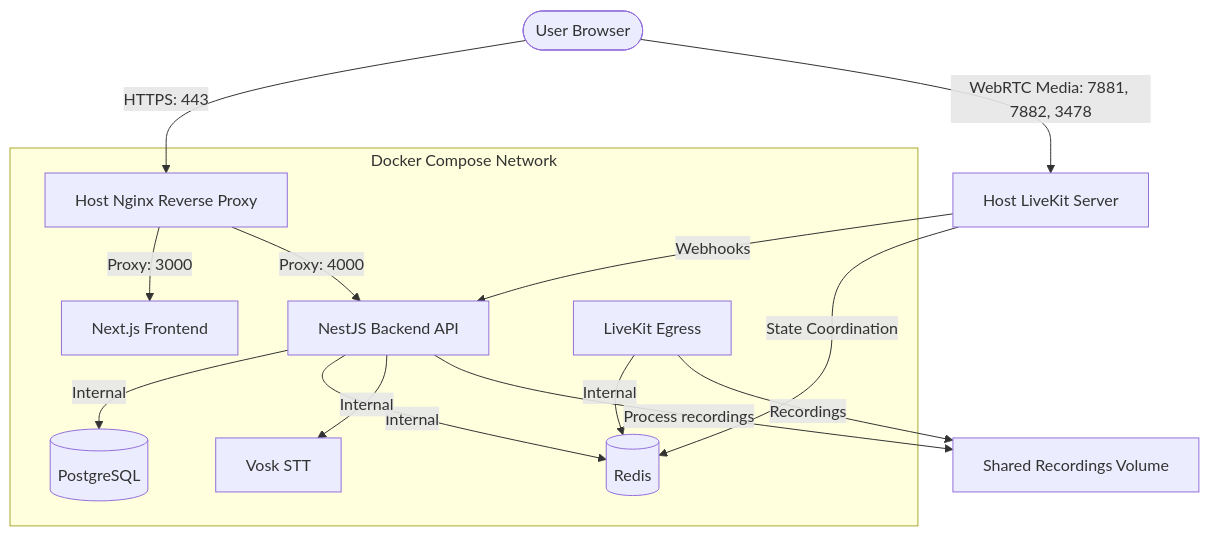
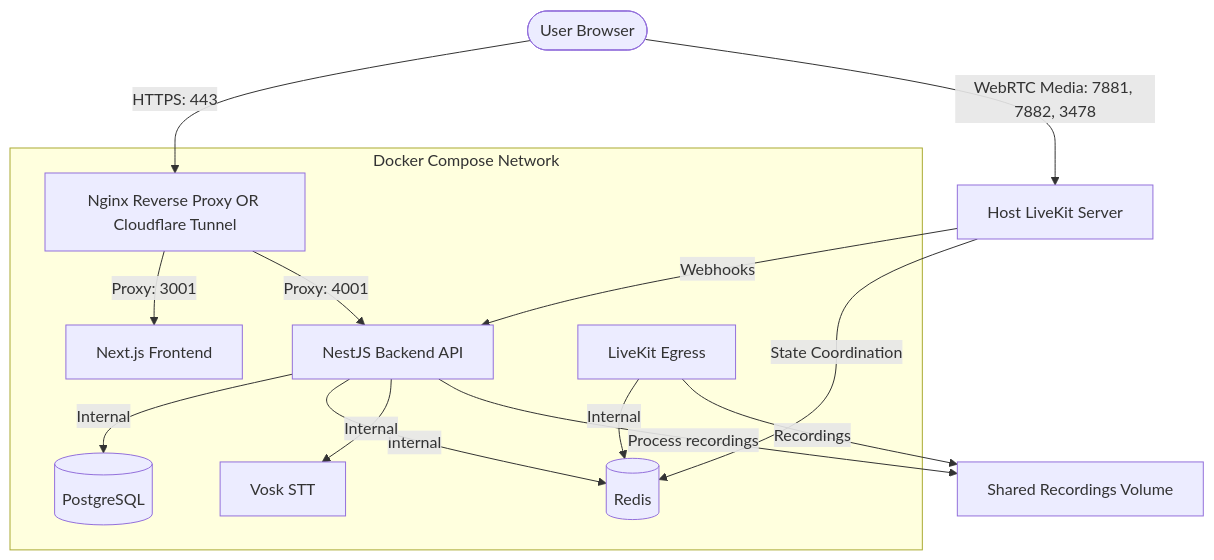
One commit to haseebjanhamraz/quran-lms changed the diagram in DEPLOYMENT.md. Above: the diagram before and after it, drawn with Mermaid. The commit also changed other lines of this file and 4 other files, not shown here.

````diff
--- a/DEPLOYMENT.md
+++ b/DEPLOYMENT.md
@@ -11,19 +11,19 @@
 ```mermaid
 graph TD
-    User([User Browser]) -->|HTTPS: 443| Nginx[Host Nginx Reverse Proxy]
+    User([User Browser]) -->|HTTPS: 443| Routing[Nginx Reverse Proxy OR Cloudflare Tunnel]
     User -->|WebRTC Media: 7881, 7882, 3478| LiveKit[Host LiveKit Server]
     
     subgraph Docker Compose Network
-        Nginx -->|Proxy: 3000| NextJS[Next.js Frontend]
-        Nginx -->|Proxy: 4000| NestJS[NestJS Backend API]
+        Routing -->|Proxy: 3001| NextJS[Next.js Frontend]
+        Routing -->|Proxy: 4001| NestJS[NestJS Backend API]
         NestJS -->|Internal| PG[(PostgreSQL)]
         NestJS -->|Internal| Redis[(Redis)]
         NestJS -->|Internal| Vosk[Vosk STT]
         Egress[LiveKit Egress] -->|Internal| Redis
     end
     
     LiveKit -->|Webhooks| NestJS
     LiveKit -->|State Coordination| Redis
     Egress -->|Recordings| Volume[Shared Recordings Volume]
     NestJS -->|Process recordings| Volume
 ```
````
